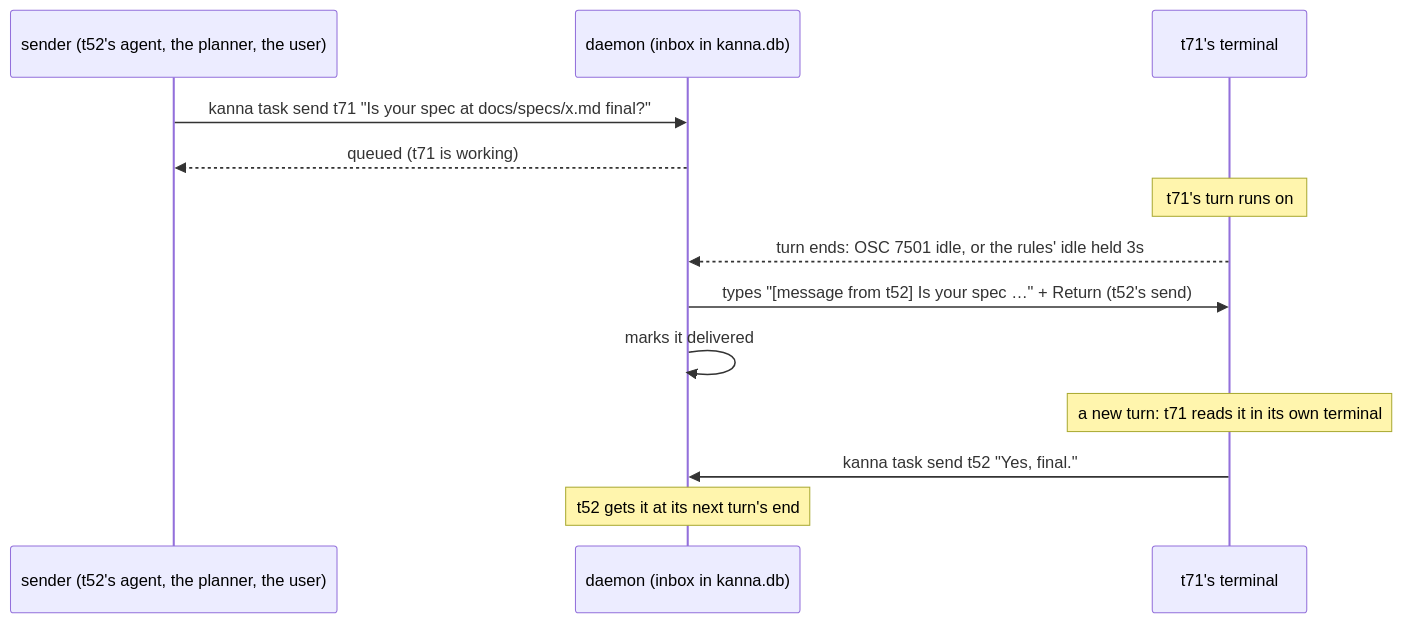
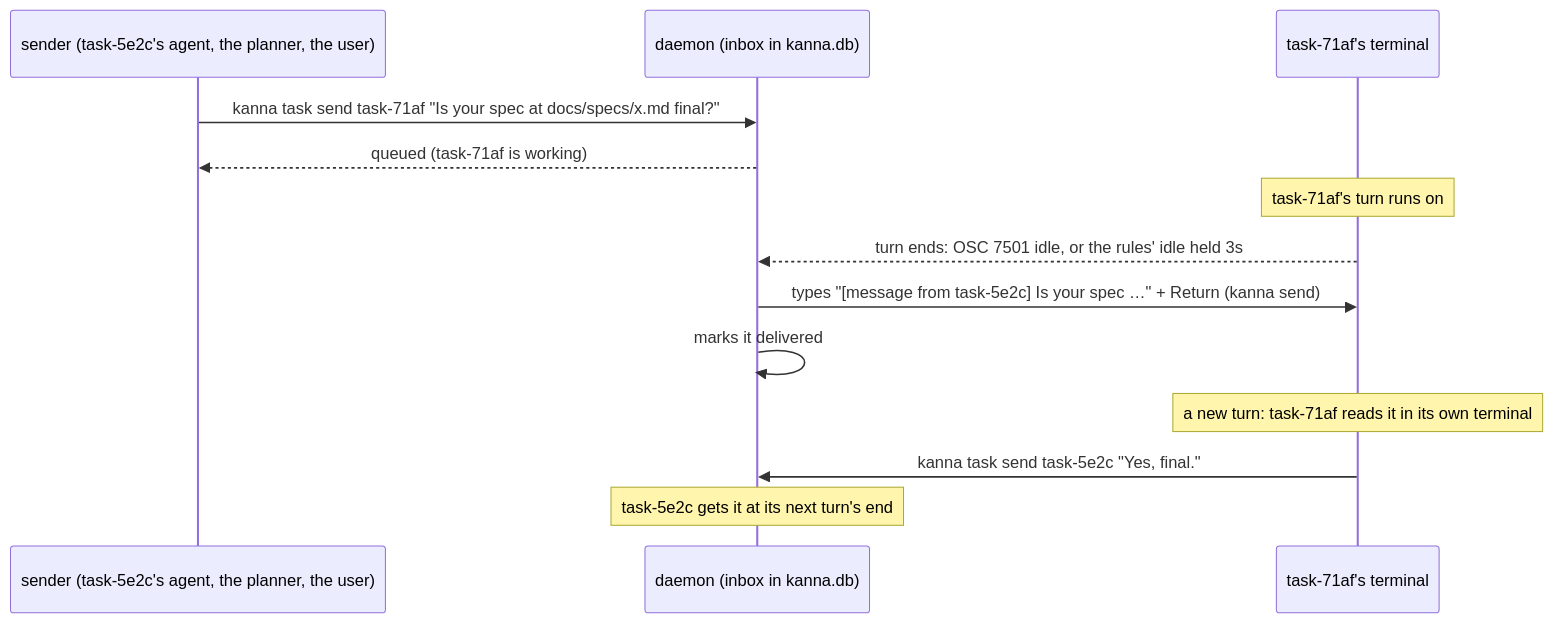
One commit to tampopogk/kanna changed the second of 4 diagrams in docs/research/agent-messaging.md. Above: the diagram before and after it, drawn with Mermaid. The commit also changed other lines of this file, not shown here.

Commit message:
docs/research/agent-messaging.md: task IDs in main's hex form, kanna send's Return is built (docs/specs/kanna-send.md)

````diff
--- a/docs/research/agent-messaging.md
+++ b/docs/research/agent-messaging.md
@@ -58,15 +58,15 @@
 ```mermaid
 sequenceDiagram
-    participant S as sender (t52's agent, the planner, the user)
+    participant S as sender (task-5e2c's agent, the planner, the user)
     participant D as daemon (inbox in kanna.db)
-    participant T as t71's terminal
-    S->>D: kanna task send t71 "Is your spec at docs/specs/x.md final?"
-    D-->>S: queued (t71 is working)
-    Note over T: t71's turn runs on
+    participant T as task-71af's terminal
+    S->>D: kanna task send task-71af "Is your spec at docs/specs/x.md final?"
+    D-->>S: queued (task-71af is working)
+    Note over T: task-71af's turn runs on
     T-->>D: turn ends: OSC 7501 idle, or the rules' idle held 3s
-    D->>T: types "[message from t52] Is your spec …" + Return (t52's send)
+    D->>T: types "[message from task-5e2c] Is your spec …" + Return (kanna send)
     D->>D: marks it delivered
-    Note over T: a new turn: t71 reads it in its own terminal
-    T->>D: kanna task send t52 "Yes, final."
-    Note over D: t52 gets it at its next turn's end
+    Note over T: a new turn: task-71af reads it in its own terminal
+    T->>D: kanna task send task-5e2c "Yes, final."
+    Note over D: task-5e2c gets it at its next turn's end
 ```
````
